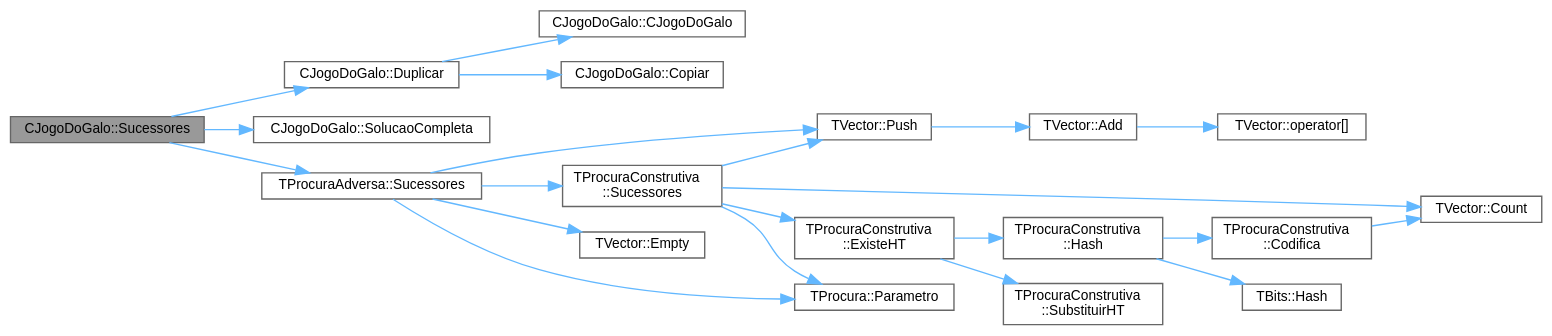
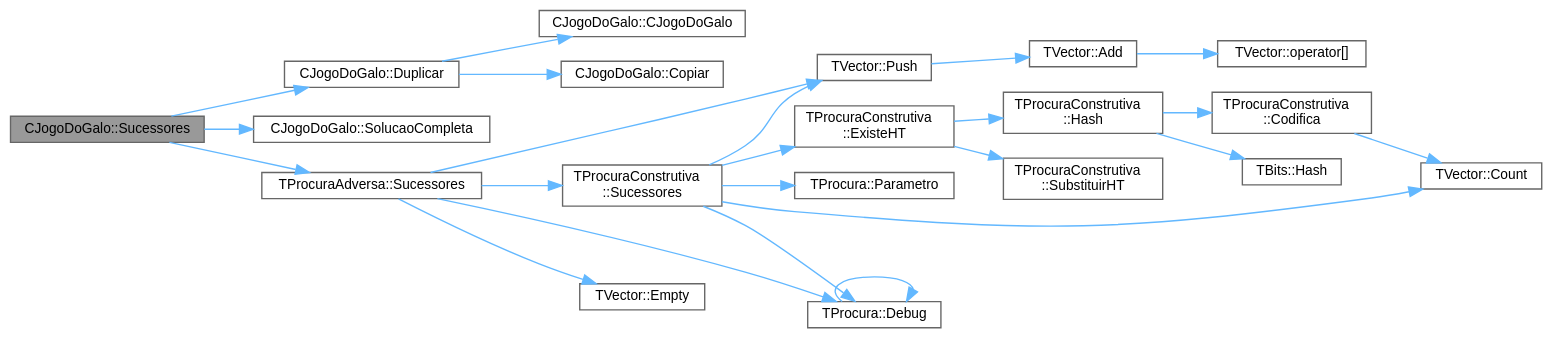
The diagram in classCJogoDoGalo_a00004ccf1fa3974c67e655291db65cfb_cgraph.dot (jcoelho72/TProcura), drawn with Graphviz before and after one commit. The commit also changed 125 other files, not shown here.

```diff
--- a/classCJogoDoGalo_a00004ccf1fa3974c67e655291db65cfb_cgraph.dot
+++ b/classCJogoDoGalo_a00004ccf1fa3974c67e655291db65cfb_cgraph.dot
@@ -1,46 +1,49 @@
 digraph "CJogoDoGalo::Sucessores"
 {
  // LATEX_PDF_SIZE
   bgcolor="transparent";
   edge [fontname=Helvetica,fontsize=10,labelfontname=Helvetica,labelfontsize=10];
   node [fontname=Helvetica,fontsize=10,shape=box,height=0.2,width=0.4];
   rankdir="LR";
   Node1 [id="Node000001",label="CJogoDoGalo::Sucessores",height=0.2,width=0.4,color="gray40", fillcolor="grey60", style="filled", fontcolor="black",tooltip="Coloca em sucessores a lista de estados sucessores."];
   Node1 -> Node2 [id="edge1_Node000001_Node000002",color="steelblue1",style="solid",tooltip=" "];
   Node2 [id="Node000002",label="CJogoDoGalo::Duplicar",height=0.2,width=0.4,color="grey40", fillcolor="white", style="filled",URL="$classCJogoDoGalo.html#a0ffe5148e0dad4e325c1840d0569f508",tooltip="Cria um objeto que é uma cópia deste."];
   Node2 -> Node3 [id="edge2_Node000002_Node000003",color="steelblue1",style="solid",tooltip=" "];
   Node3 [id="Node000003",label="CJogoDoGalo::CJogoDoGalo",height=0.2,width=0.4,color="grey40", fillcolor="white", style="filled",URL="$classCJogoDoGalo.html#ae89ee9625b01e078ebcb0596f8edd989",tooltip=" "];
   Node2 -> Node4 [id="edge3_Node000002_Node000004",color="steelblue1",style="solid",tooltip=" "];
   Node4 [id="Node000004",label="CJogoDoGalo::Copiar",height=0.2,width=0.4,color="grey40", fillcolor="white", style="filled",URL="$classCJogoDoGalo.html#a08acb7c3bb3cc8c05c0f84140fb1622d",tooltip=" "];
   Node1 -> Node5 [id="edge4_Node000001_Node000005",color="steelblue1",style="solid",tooltip=" "];
   Node5 [id="Node000005",label="CJogoDoGalo::SolucaoCompleta",height=0.2,width=0.4,color="grey40", fillcolor="white", style="filled",URL="$classCJogoDoGalo.html#a568b44d77521584132997a74bf557014",tooltip="Verifica se o estado actual é objetivo (é uma solução completa)"];
   Node1 -> Node6 [id="edge5_Node000001_Node000006",color="steelblue1",style="solid",tooltip=" "];
   Node6 [id="Node000006",label="TProcuraAdversa::Sucessores",height=0.2,width=0.4,color="grey40", fillcolor="white", style="filled",URL="$classTProcuraAdversa.html#a6870779a8413eb398f9037514f8936aa",tooltip="Coloca em sucessores a lista de estados sucessores."];
   Node6 -> Node7 [id="edge6_Node000006_Node000007",color="steelblue1",style="solid",tooltip=" "];
-  Node7 [id="Node000007",label="TVector::Empty",height=0.2,width=0.4,color="grey40", fillcolor="white", style="filled",URL="$classTVector.html#ae1e7bc1d53267cfee35d7a1459f91f51",tooltip=" "];
-  Node6 -> Node8 [id="edge7_Node000006_Node000008",color="steelblue1",style="solid",tooltip=" "];
-  Node8 [id="Node000008",label="TProcura::Parametro",height=0.2,width=0.4,color="grey40", fillcolor="white", style="filled",URL="$classTProcura.html#a0e9e692f29af8a5d5279a8647c800437",tooltip=" "];
-  Node6 -> Node9 [id="edge8_Node000006_Node000009",color="steelblue1",style="solid",tooltip=" "];
+  Node7 [id="Node000007",label="TProcura::Debug",height=0.2,width=0.4,color="grey40", fillcolor="white", style="filled",URL="$classTProcura.html#a0c5676c1b54ab6bdc1045b98aeafe456",tooltip="Mostra o estado no ecrã, para debug."];
+  Node7 -> Node7 [id="edge7_Node000007_Node000007",color="steelblue1",style="solid",tooltip=" "];
+  Node6 -> Node8 [id="edge8_Node000006_Node000008",color="steelblue1",style="solid",tooltip=" "];
+  Node8 [id="Node000008",label="TVector::Empty",height=0.2,width=0.4,color="grey40", fillcolor="white", style="filled",URL="$classTVector.html#ae1e7bc1d53267cfee35d7a1459f91f51",tooltip=" "];
+  Node6 -> Node9 [id="edge9_Node000006_Node000009",color="steelblue1",style="solid",tooltip=" "];
   Node9 [id="Node000009",label="TVector::Push",height=0.2,width=0.4,color="grey40", fillcolor="white", style="filled",URL="$classTVector.html#afd25458f77157e6e8aa4ba0e6be3fb64",tooltip=" "];
-  Node9 -> Node10 [id="edge9_Node000009_Node000010",color="steelblue1",style="solid",tooltip=" "];
+  Node9 -> Node10 [id="edge10_Node000009_Node000010",color="steelblue1",style="solid",tooltip=" "];
   Node10 [id="Node000010",label="TVector::Add",height=0.2,width=0.4,color="grey40", fillcolor="white", style="filled",URL="$classTVector.html#aa28afdd47b27c5e004fc75b86d6f66a6",tooltip=" "];
-  Node10 -> Node11 [id="edge10_Node000010_Node000011",color="steelblue1",style="solid",tooltip=" "];
+  Node10 -> Node11 [id="edge11_Node000010_Node000011",color="steelblue1",style="solid",tooltip=" "];
   Node11 [id="Node000011",label="TVector::operator[]",height=0.2,width=0.4,color="grey40", fillcolor="white", style="filled",URL="$classTVector.html#a372a42fd7c4a94fee43db36d6a339b33",tooltip="Acesso por índice com auto-expansão."];
-  Node6 -> Node12 [id="edge11_Node000006_Node000012",color="steelblue1",style="solid",tooltip=" "];
+  Node6 -> Node12 [id="edge12_Node000006_Node000012",color="steelblue1",style="solid",tooltip=" "];
   Node12 [id="Node000012",label="TProcuraConstrutiva\l::Sucessores",height=0.2,width=0.4,color="grey40", fillcolor="white", style="filled",URL="$group__RedefinicaoMandatoria.html#ga0a13570d2f5a21296e3c10c2780e170c",tooltip="Coloca em sucessores a lista de estados sucessores."];
-  Node12 -> Node13 [id="edge12_Node000012_Node000013",color="steelblue1",style="solid",tooltip=" "];
+  Node12 -> Node13 [id="edge13_Node000012_Node000013",color="steelblue1",style="solid",tooltip=" "];
   Node13 [id="Node000013",label="TVector::Count",height=0.2,width=0.4,color="grey40", fillcolor="white", style="filled",URL="$classTVector.html#ac3c744d84543ca6e32859eb7dfccfeef",tooltip=" "];
-  Node12 -> Node14 [id="edge13_Node000012_Node000014",color="steelblue1",style="solid",tooltip=" "];
+  Node12 -> Node7 [id="edge14_Node000012_Node000007",color="steelblue1",style="solid",tooltip=" "];
+  Node12 -> Node14 [id="edge15_Node000012_Node000014",color="steelblue1",style="solid",tooltip=" "];
   Node14 [id="Node000014",label="TProcuraConstrutiva\l::ExisteHT",height=0.2,width=0.4,color="grey40", fillcolor="white", style="filled",URL="$classTProcuraConstrutiva.html#ad7857beab462b4b09a37e70cc9c787ac",tooltip=" "];
-  Node14 -> Node15 [id="edge14_Node000014_Node000015",color="steelblue1",style="solid",tooltip=" "];
+  Node14 -> Node15 [id="edge16_Node000014_Node000015",color="steelblue1",style="solid",tooltip=" "];
   Node15 [id="Node000015",label="TProcuraConstrutiva\l::Hash",height=0.2,width=0.4,color="grey40", fillcolor="white", style="filled",URL="$classTProcuraConstrutiva.html#a70375188a6ee7775bc842a3e64f8e35c",tooltip=" "];
-  Node15 -> Node16 [id="edge15_Node000015_Node000016",color="steelblue1",style="solid",tooltip=" "];
+  Node15 -> Node16 [id="edge17_Node000015_Node000016",color="steelblue1",style="solid",tooltip=" "];
   Node16 [id="Node000016",label="TProcuraConstrutiva\l::Codifica",height=0.2,width=0.4,color="grey40", fillcolor="white", style="filled",URL="$group__RedefinicaoSugerida.html#ga3b3873fa9df6753fd408a8e11e932f9f",tooltip="Codifica o estado para um vetor de inteiros de 64 bits."];
-  Node16 -> Node13 [id="edge16_Node000016_Node000013",color="steelblue1",style="solid",tooltip=" "];
-  Node15 -> Node17 [id="edge17_Node000015_Node000017",color="steelblue1",style="solid",tooltip=" "];
+  Node16 -> Node13 [id="edge18_Node000016_Node000013",color="steelblue1",style="solid",tooltip=" "];
+  Node15 -> Node17 [id="edge19_Node000015_Node000017",color="steelblue1",style="solid",tooltip=" "];
   Node17 [id="Node000017",label="TBits::Hash",height=0.2,width=0.4,color="grey40", fillcolor="white", style="filled",URL="$classTBits.html#ae982ae13568bb4c4f3b61cc104761a3e",tooltip=" "];
-  Node14 -> Node18 [id="edge18_Node000014_Node000018",color="steelblue1",style="solid",tooltip=" "];
+  Node14 -> Node18 [id="edge20_Node000014_Node000018",color="steelblue1",style="solid",tooltip=" "];
   Node18 [id="Node000018",label="TProcuraConstrutiva\l::SubstituirHT",height=0.2,width=0.4,color="grey40", fillcolor="white", style="filled",URL="$classTProcuraConstrutiva.html#a99b7a74f16f5a1b63b12bf629b902057",tooltip=" "];
-  Node12 -> Node8 [id="edge19_Node000012_Node000008",color="steelblue1",style="solid",tooltip=" "];
-  Node12 -> Node9 [id="edge20_Node000012_Node000009",color="steelblue1",style="solid",tooltip=" "];
+  Node12 -> Node19 [id="edge21_Node000012_Node000019",color="steelblue1",style="solid",tooltip=" "];
+  Node19 [id="Node000019",label="TProcura::Parametro",height=0.2,width=0.4,color="grey40", fillcolor="white", style="filled",URL="$classTProcura.html#a0e9e692f29af8a5d5279a8647c800437",tooltip=" "];
+  Node12 -> Node9 [id="edge22_Node000012_Node000009",color="steelblue1",style="solid",tooltip=" "];
 }
```
